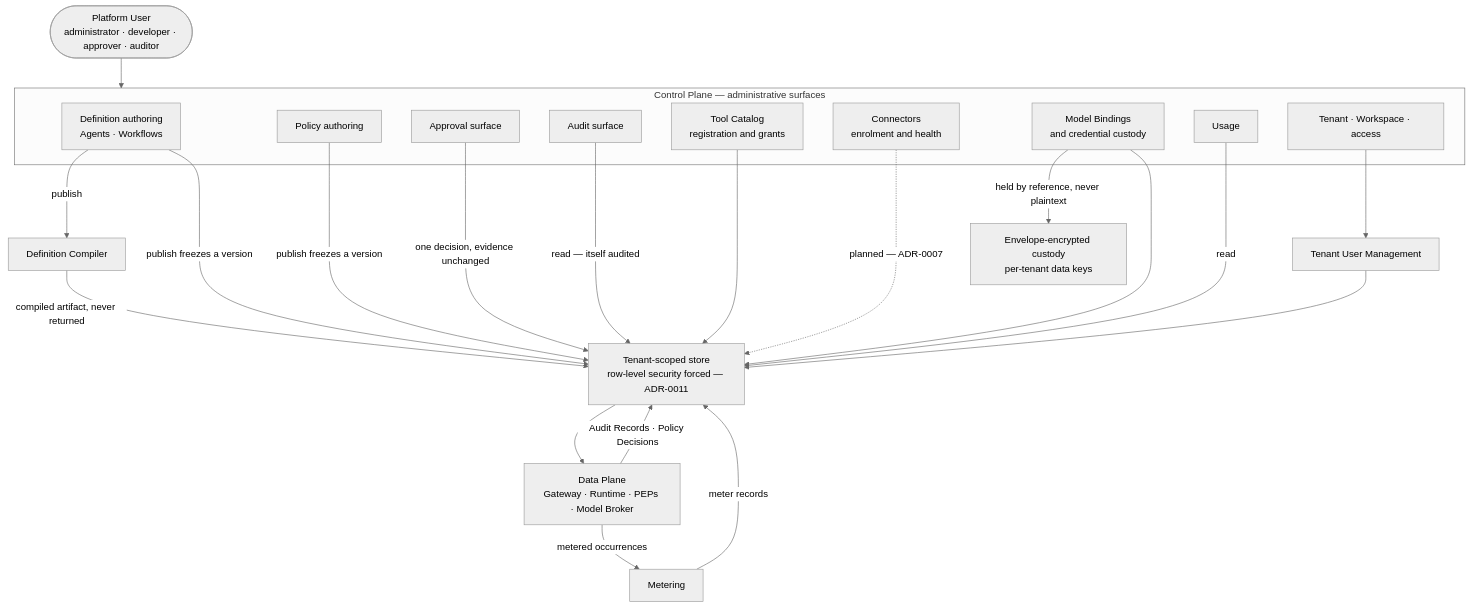
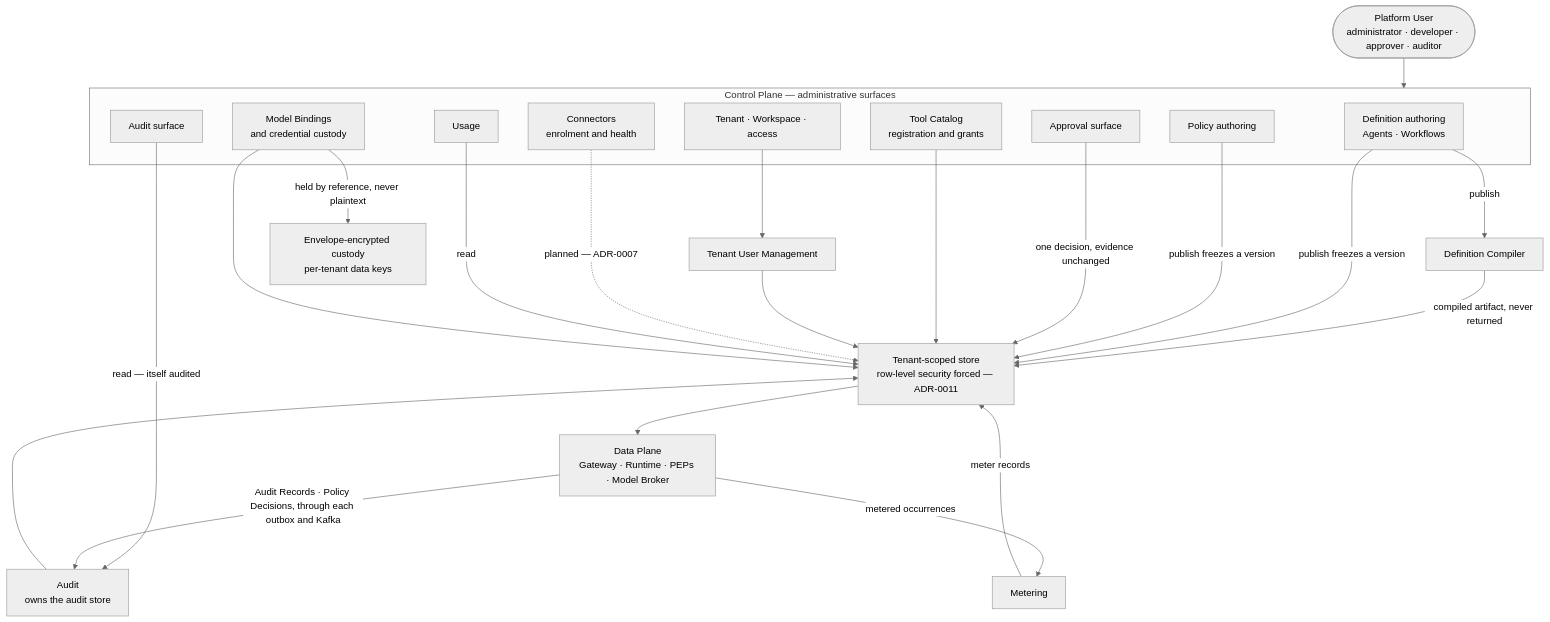
Before and after one commit to ayesigapaul/orchestra: the diagram in docs/10-architecture/control-plane.md, drawn with Mermaid (neutral theme). The commit also changed other lines of this file and 71 other files, not shown here.

````diff
--- a/docs/10-architecture/control-plane.md
+++ b/docs/10-architecture/control-plane.md
@@ -52,31 +52,32 @@
 ```mermaid
 flowchart TD
   PU([Platform User<br/>administrator · developer · approver · auditor]) --> CP
   subgraph CP["Control Plane — administrative surfaces"]
     DEF["Definition authoring<br/>Agents · Workflows"]
     POL["Policy authoring"]
     APR["Approval surface"]
     AUD["Audit surface"]
     CAT["Tool Catalog<br/>registration and grants"]
     CONN["Connectors<br/>enrolment and health"]
     CRED["Model Bindings<br/>and credential custody"]
     USE["Usage"]
     TEN["Tenant · Workspace · access"]
   end
   DEF -->|"publish"| COMP["Definition Compiler"]
   COMP -->|"compiled artifact, never returned"| ST
   DEF & POL -->|"publish freezes a version"| ST
   APR -->|"one decision, evidence unchanged"| ST
-  AUD -->|"read — itself audited"| ST
+  AUD -->|"read — itself audited"| AUDIT["Audit<br/>owns the audit store"]
+  AUDIT --> ST
   CAT --> ST
   TEN --> TUM["Tenant User Management"]
   TUM --> ST
   CONN -.->|"planned — ADR-0007"| ST
   USE -->|"read"| ST
   CRED -->|"held by reference, never plaintext"| KMS["Envelope-encrypted custody<br/>per-tenant data keys"]
   CRED --> ST
   ST["Tenant-scoped store<br/>row-level security forced — ADR-0011"] --> DP["Data Plane<br/>Gateway · Runtime · PEPs · Model Broker"]
-  DP -->|"Audit Records · Policy Decisions"| ST
+  DP -->|"Audit Records · Policy Decisions, through each outbox and Kafka"| AUDIT
   DP -->|"metered occurrences"| MET["Metering"]
   MET -->|"meter records"| ST
 ```
````
